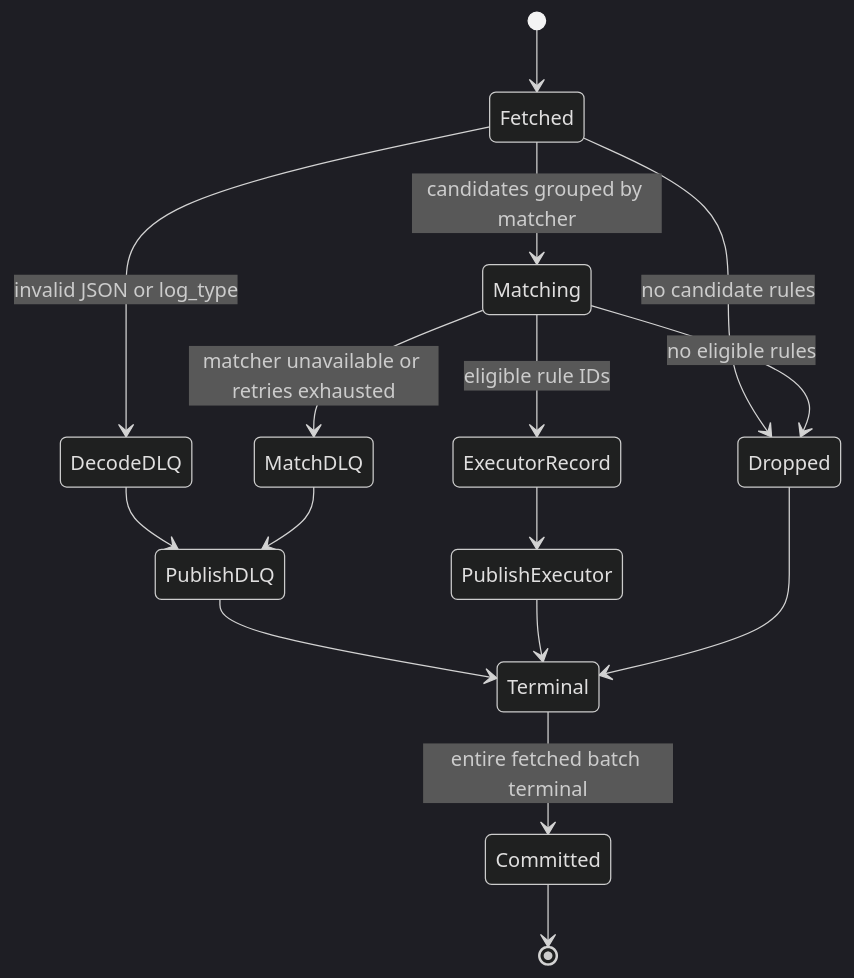
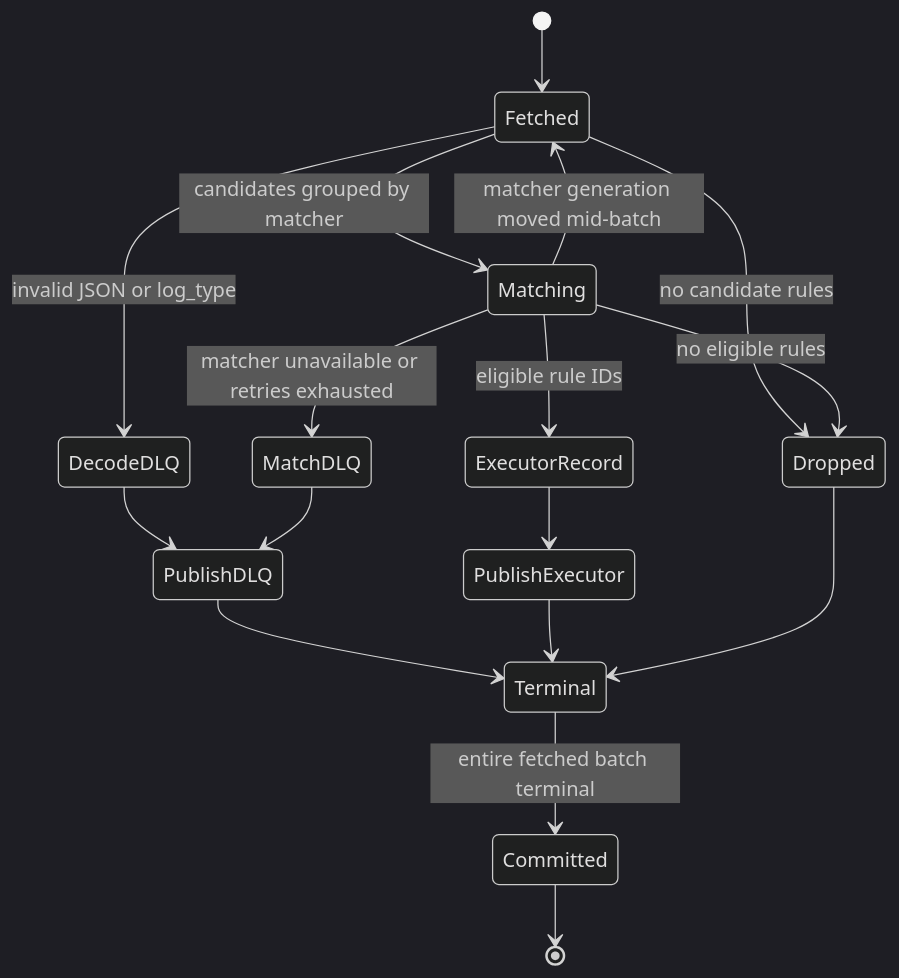
One commit to HarishHary/blink changed the third of 3 diagrams in docs/services/event_matcher.md. Above: the diagram before and after it, drawn with Mermaid (dark theme). The commit also changed other lines of this file and 115 other files, not shown here.

````diff
--- a/docs/services/event_matcher.md
+++ b/docs/services/event_matcher.md
@@ -55,18 +134,19 @@
 ```mermaid
 stateDiagram-v2
     [*] --> Fetched
     Fetched --> DecodeDLQ: invalid JSON or log_type
     Fetched --> Dropped: no candidate rules
     Fetched --> Matching: candidates grouped by matcher
     Matching --> MatchDLQ: matcher unavailable or retries exhausted
+    Matching --> Fetched: matcher generation moved mid-batch
     Matching --> Dropped: no eligible rules
     Matching --> ExecutorRecord: eligible rule IDs
     DecodeDLQ --> PublishDLQ
     MatchDLQ --> PublishDLQ
     ExecutorRecord --> PublishExecutor
     PublishDLQ --> Terminal
     PublishExecutor --> Terminal
     Dropped --> Terminal
     Terminal --> Committed: entire fetched batch terminal
     Committed --> [*]
 ```
````
